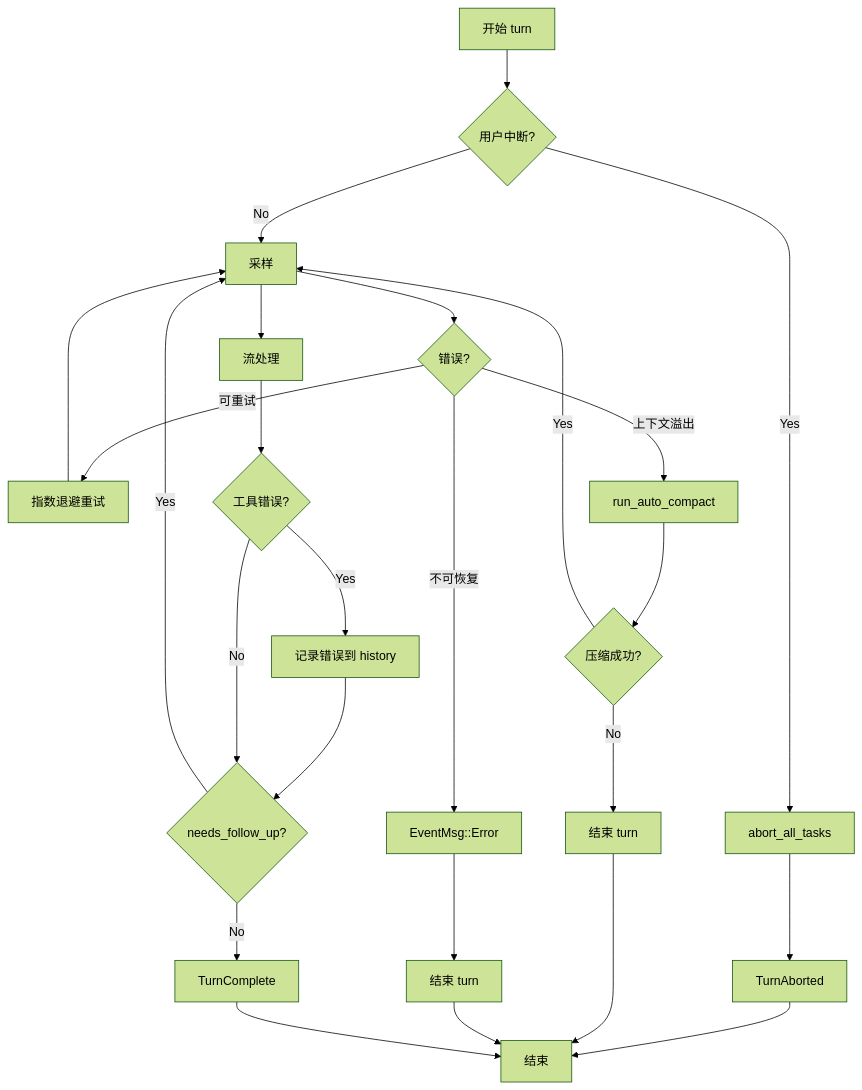
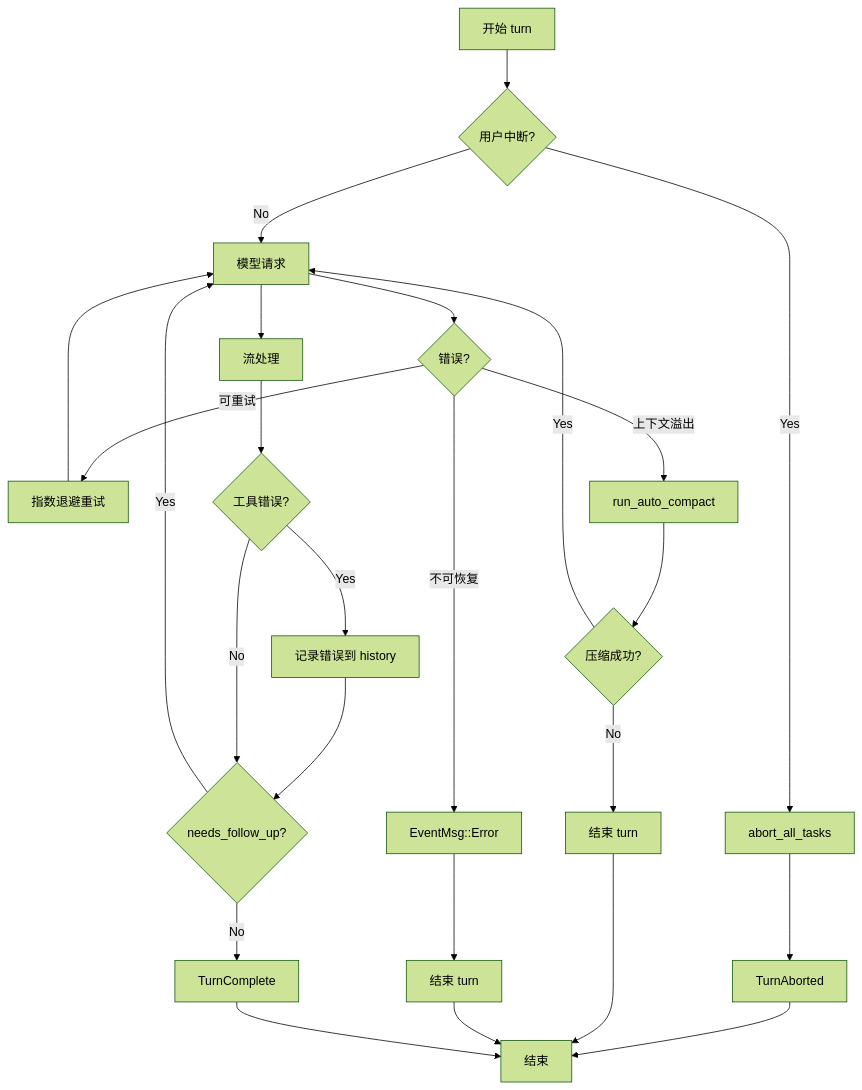
Before and after one commit to giraffe-tree/agent-base: diagram 11 of 12 in docs/codex/04-codex-agent-loop.md, drawn with Mermaid (forest theme). The commit also changed other lines of this file and 2 other files, not shown here.

````diff
--- a/docs/codex/04-codex-agent-loop.md
+++ b/docs/codex/04-codex-agent-loop.md
@@ -564,33 +564,33 @@
 ```mermaid
 flowchart TD
     A[开始 turn] --> B{用户中断?}
     B -->|Yes| C[abort_all_tasks]
     C --> D[TurnAborted]
 
-    B -->|No| E[采样]
+    B -->|No| E[模型请求]
     E --> F{错误?}
     F -->|可重试| G[指数退避重试]
     G --> E
 
     F -->|上下文溢出| H[run_auto_compact]
     H --> I{压缩成功?}
     I -->|Yes| E
     I -->|No| J[结束 turn]
 
     F -->|不可恢复| K[EventMsg::Error]
     K --> L[结束 turn]
 
     E --> M[流处理]
     M --> N{工具错误?}
     N -->|Yes| O[记录错误到 history]
     O --> P{needs_follow_up?}
 
     N -->|No| P
     P -->|Yes| E
     P -->|No| Q[TurnComplete]
 
     D --> End[结束]
     J --> End
     L --> End
     Q --> End
 ```
````
